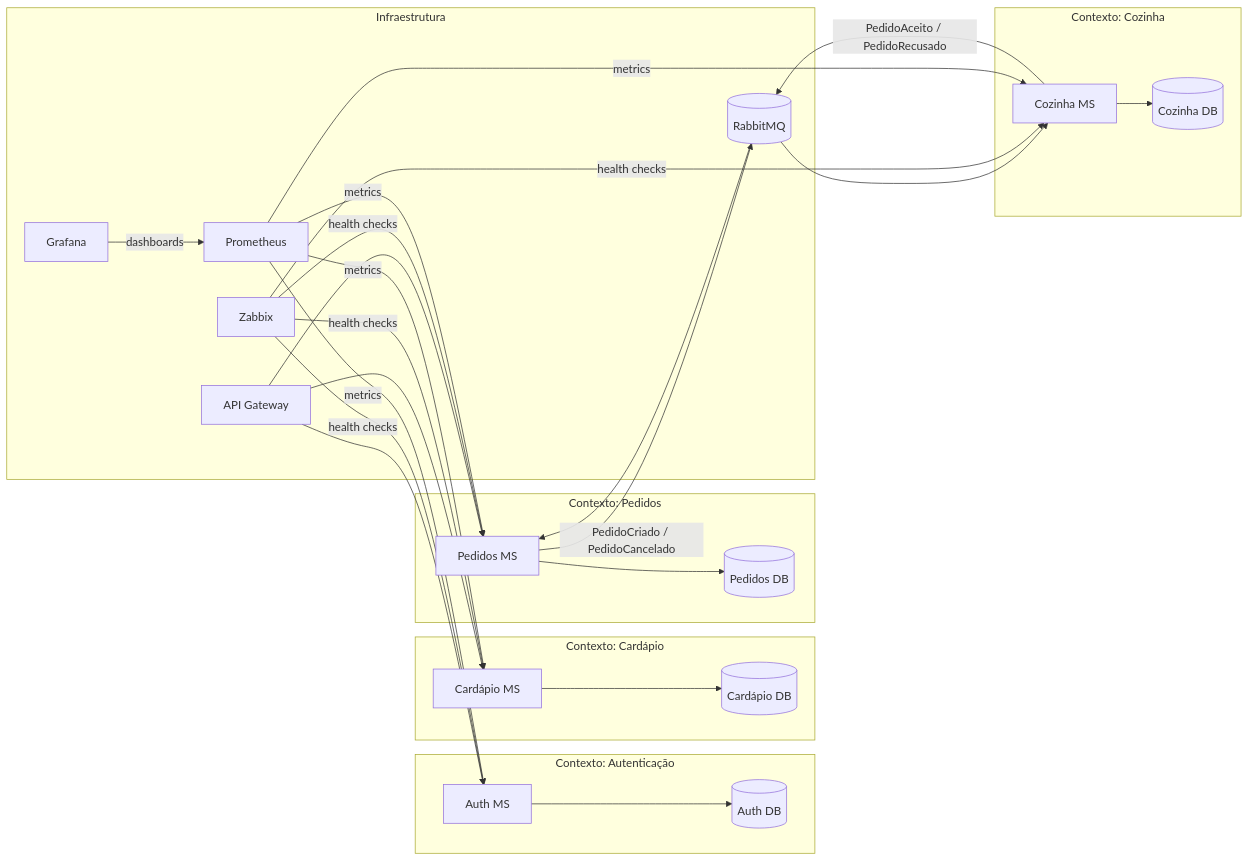
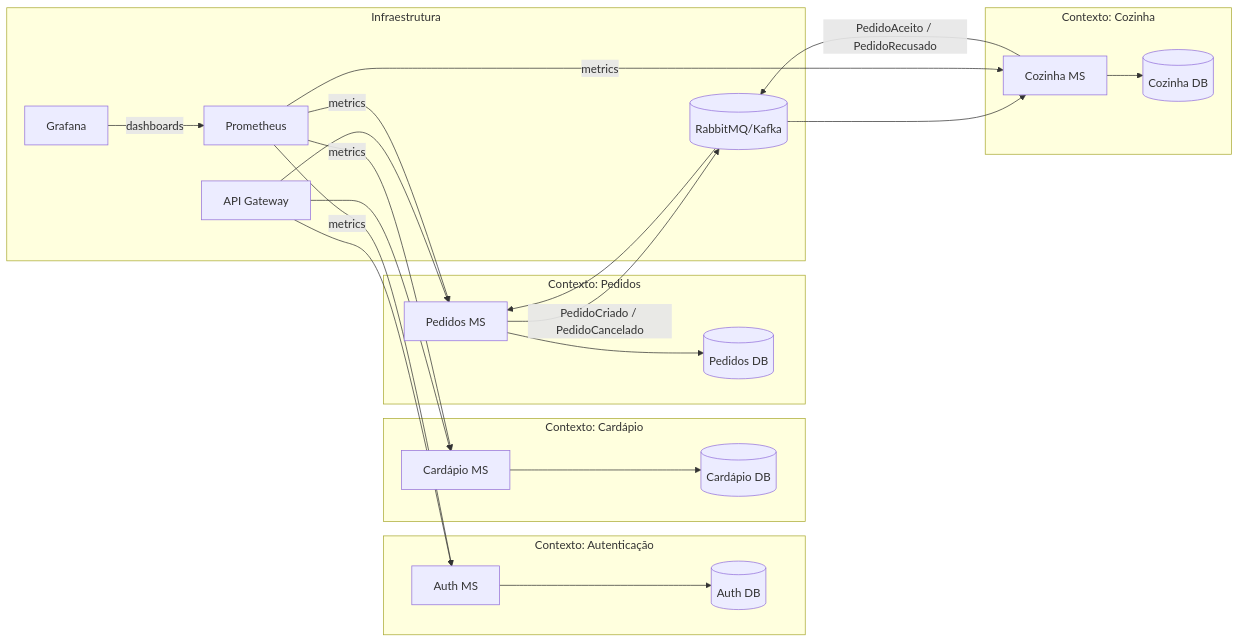
One commit to matmiranda/hackaton changed the diagram in README.md. Above: the diagram before and after it, drawn with Mermaid.

````diff
--- a/README.md
+++ b/README.md
@@ -55,53 +55,52 @@
 ```mermaid
 flowchart LR
   subgraph "Contexto: Autenticação"
     AuthMS["Auth MS"]
     AuthDB[(Auth DB)]
   end
 
   subgraph "Contexto: Cardápio"
     CardMS["Cardápio MS"]
     CardDB[(Cardápio DB)]
   end
 
   subgraph "Contexto: Pedidos"
     PedMS["Pedidos MS"]
     PedDB[(Pedidos DB)]
   end
 
   subgraph "Contexto: Cozinha"
     KitchenMS["Cozinha MS"]
     KitchenDB[(Cozinha DB)]
   end
 
   subgraph Infraestrutura
     API["API Gateway"]
-    MQ[(RabbitMQ)]
-    Zabbix
+    MQ[(RabbitMQ/Kafka)]
     Prometheus
     Grafana
   end
 
   %% Fluxo de requisições
   API --> AuthMS
   API --> CardMS
   API --> PedMS
 
   %% Event Bus
   PedMS -->|PedidoCriado / PedidoCancelado| MQ
   MQ --> KitchenMS
   KitchenMS -->|PedidoAceito / PedidoRecusado| MQ
   MQ --> PedMS
 
   %% Persistência
   AuthMS --> AuthDB
   CardMS --> CardDB
   PedMS --> PedDB
   KitchenMS --> KitchenDB
 
   %% Observabilidade
-  Zabbix -->|health checks| AuthMS & CardMS & PedMS & KitchenMS
   Prometheus -->|metrics| AuthMS & CardMS & PedMS & KitchenMS
   Grafana -->|dashboards| Prometheus
 
+
 ```
````
